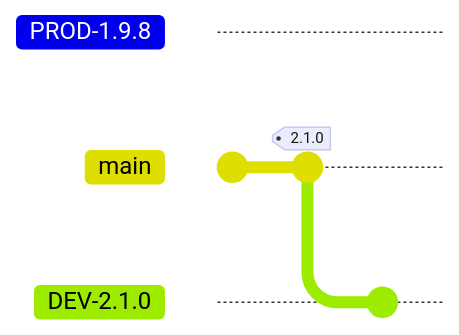
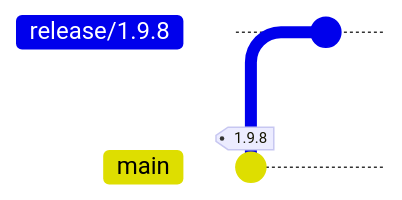
Before and after one commit to ijmitch/zdevops-git: diagram 13 of 20 in ukge-2025-navigating-route-to-live-presentation.qmd, drawn with Mermaid. The commit also changed other lines of this file, not shown here. Commit ids are hidden.

````diff
--- a/ukge-2025-navigating-route-to-live-presentation.qmd
+++ b/ukge-2025-navigating-route-to-live-presentation.qmd
@@ -596,16 +606,14 @@
 ```{mermaid}
 ---
 config:
   fontFamily: "IBM Plex Sans"
   gitGraph:
     showCommitLabel: false
     mainBranchOrder: 5
 ---
 gitGraph
-  branch PROD-1.9.8
   checkout main
-  commit
-  commit tag: "2.1.0"
-  branch DEV-2.1.0  order: 10
-  commit
+  commit tag: "1.9.8"
+  branch release/1.9.8
+  commit 
 ```
````
